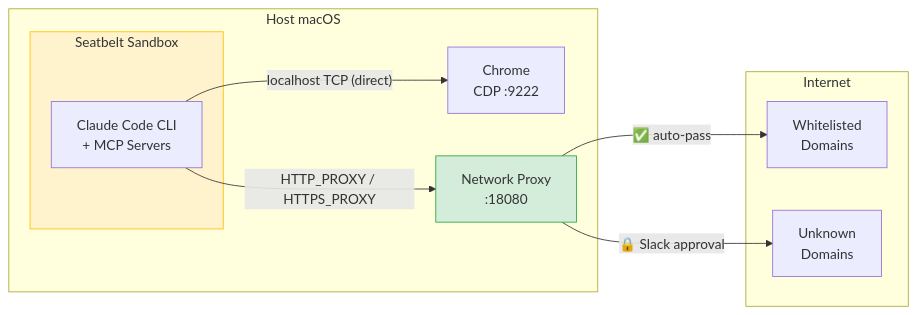
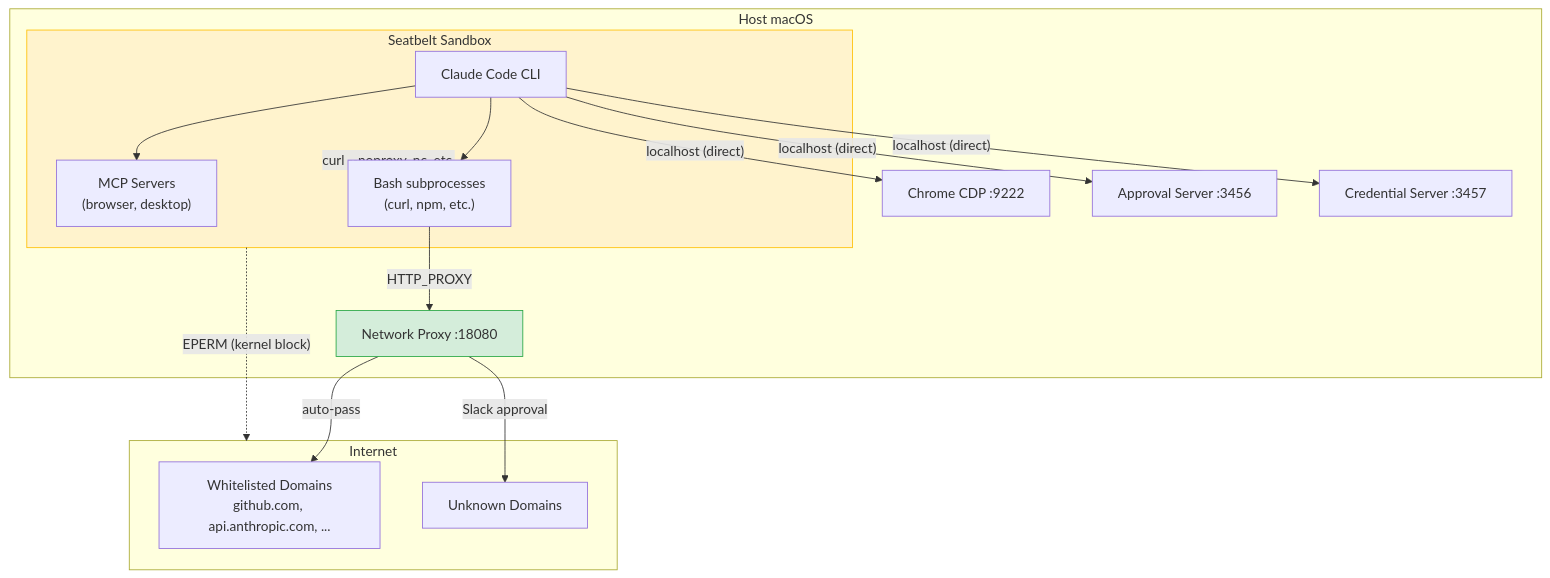
Before and after one commit to tubone24/mugi-claw: the ninth of 9 diagrams in README.md, drawn with Mermaid. The commit also changed other lines of this file and 1 other file, not shown here.

````diff
--- a/README.md
+++ b/README.md
@@ -588,25 +582,35 @@
 ```mermaid
-graph LR
+graph TD
     subgraph Host["Host macOS"]
-        Chrome["Chrome<br/>CDP :9222"]
+        Chrome["Chrome CDP :9222"]
+        Approval["Approval Server :3456"]
+        Credential["Credential Server :3457"]
 
         subgraph SB["Seatbelt Sandbox"]
-            CLI["Claude Code CLI<br/>+ MCP Servers"]
+            CLI["Claude Code CLI"]
+            MCP["MCP Servers<br/>(browser, desktop)"]
+            Bash["Bash subprocesses<br/>(curl, npm, etc.)"]
         end
 
-        Proxy["Network Proxy<br/>:18080"]
+        Proxy["Network Proxy :18080"]
     end
 
     subgraph External["Internet"]
-        Allowed["Whitelisted<br/>Domains"]
-        Blocked["Unknown<br/>Domains"]
+        WL["Whitelisted Domains<br/>github.com, api.anthropic.com, ..."]
+        Unknown["Unknown Domains"]
     end
 
-    CLI -->|"localhost TCP (direct)"| Chrome
-    CLI -->|"HTTP_PROXY / HTTPS_PROXY"| Proxy
-    Proxy -->|"✅ auto-pass"| Allowed
-    Proxy -->|"🔒 Slack approval"| Blocked
+    CLI --> MCP
+    CLI --> Bash
+    CLI -->|"localhost (direct)"| Chrome
+    CLI -->|"localhost (direct)"| Approval
+    CLI -->|"localhost (direct)"| Credential
+    Bash -->|"HTTP_PROXY"| Proxy
+    Bash -.->|"curl --noproxy, nc, etc."| SB
+    SB -.->|"EPERM (kernel block)"| External
+    Proxy -->|"auto-pass"| WL
+    Proxy -->|"Slack approval"| Unknown
 
     style SB fill:#fff3cd,stroke:#ffc107
     style Proxy fill:#d4edda,stroke:#28a745
 ```
````
